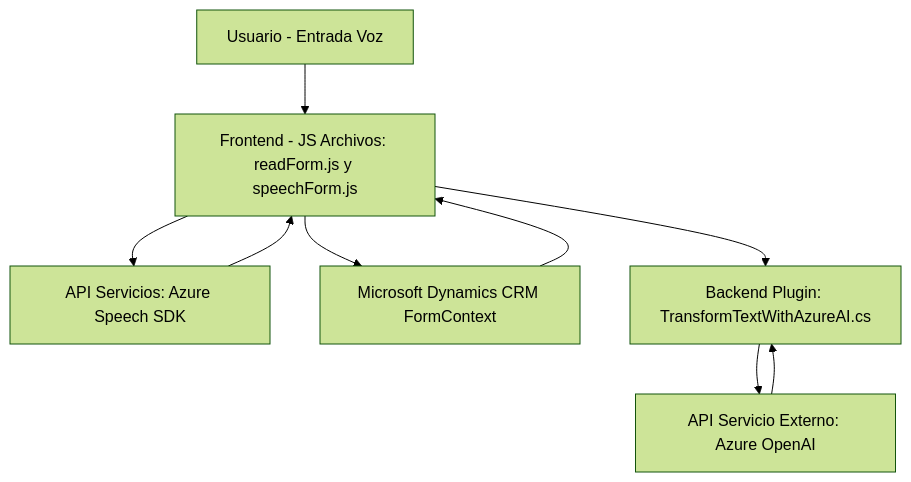
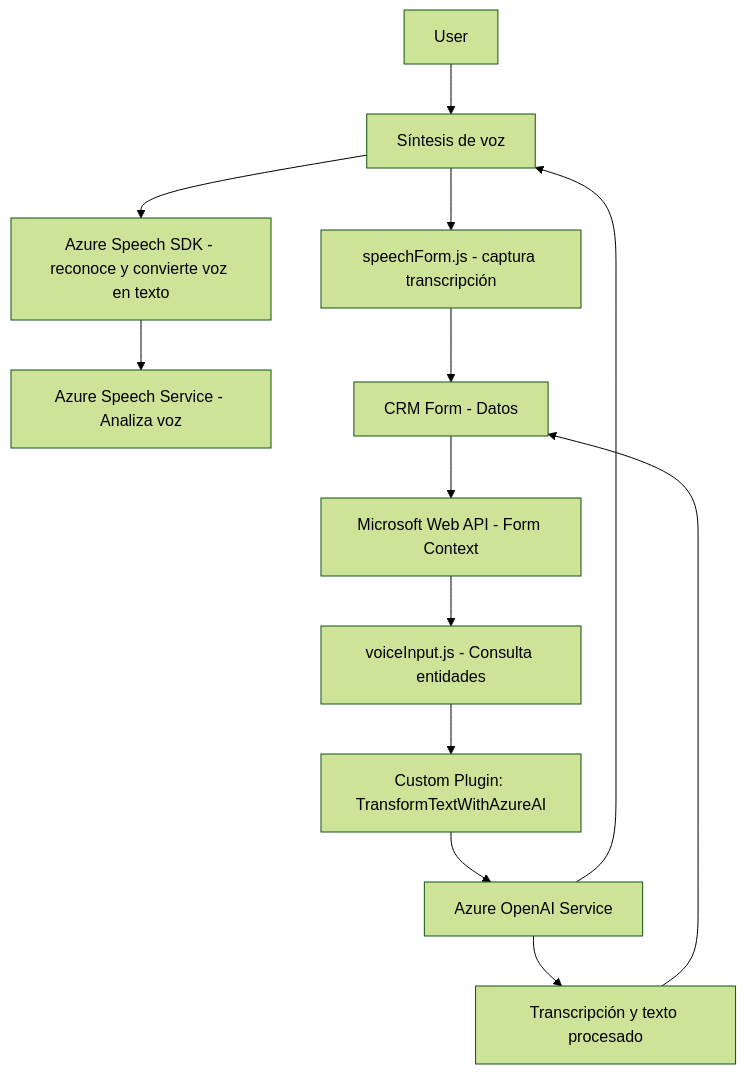
One commit to blopezdm/NETCORE_BILBAO2025 changed the diagram in README.md. Above: the diagram before and after it, drawn with Mermaid (forest theme). The commit also changed other lines of this file, not shown here.

````diff
--- a/README.md
+++ b/README.md
@@ -42,18 +57,16 @@
 ```mermaid
 graph TD
-    A["Usuario - Entrada Voz"]
-    B["Frontend - JS Archivos: readForm.js y speechForm.js"]
-    C["API Servicios: Azure Speech SDK"]
-    D["Microsoft Dynamics CRM FormContext"]
-    E["Backend Plugin: TransformTextWithAzureAI.cs"]
-    F["API Servicio Externo: Azure OpenAI"]
+    A[User] --> B["SpeechInputHandler.js - reconoce voz"]
+    B --> C["Azure Speech SDK - reconoce y convierte voz en texto"]
+    C --> D["Azure Speech Service - Analiza voz"]
+    B --> E["speechForm.js - captura transcripción"]
+    E --> F["CRM Form - Datos"]
+    F --> G["Microsoft Web API - Form Context"]
+    G --> H["voiceInput.js - Consulta entidades"]
+    H --> I["Custom Plugin: TransformTextWithAzureAI"]
+    I --> J["Azure OpenAI Service"]
 
-    A --> B
-    B --> C
-    B --> D
-    C --> B
-    D --> B
-    B --> E
-    E --> F
-    F --> E
+    J --> K["Transcripción y texto procesado"]
+    K --> F
+    J --> B["Síntesis de voz"]
 ```
````
